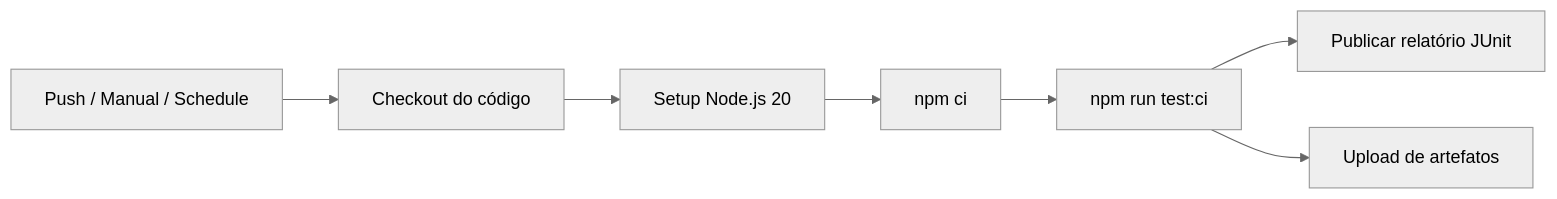
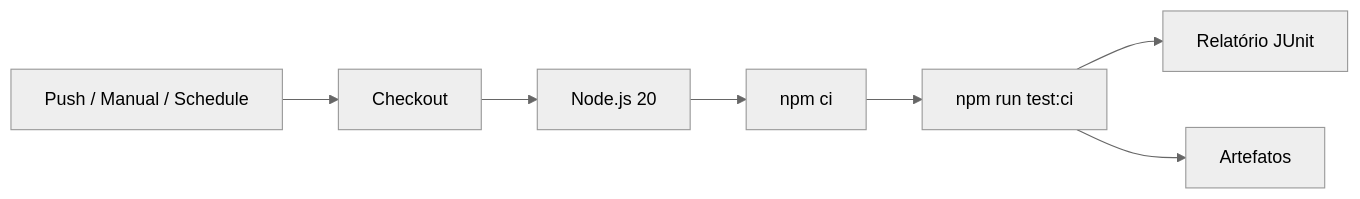
Before and after one commit to JulianaBatista0807/onde-assistir: the diagram in README.md, drawn with Mermaid (neutral theme). The commit also changed other lines of this file, not shown here.

````diff
--- a/README.md
+++ b/README.md
@@ -121,9 +305,9 @@
 ```mermaid
 flowchart LR
-  trigger[Push / Manual / Schedule] --> checkout[Checkout do código]
-  checkout --> node[Setup Node.js 20]
+  trigger[Push / Manual / Schedule] --> checkout[Checkout]
+  checkout --> node[Node.js 20]
   node --> install[npm ci]
   install --> tests[npm run test:ci]
-  tests --> publish[Publicar relatório JUnit]
-  tests --> artifact[Upload de artefatos]
+  tests --> publish[Relatório JUnit]
+  tests --> artifact[Artefatos]
 ```
````
